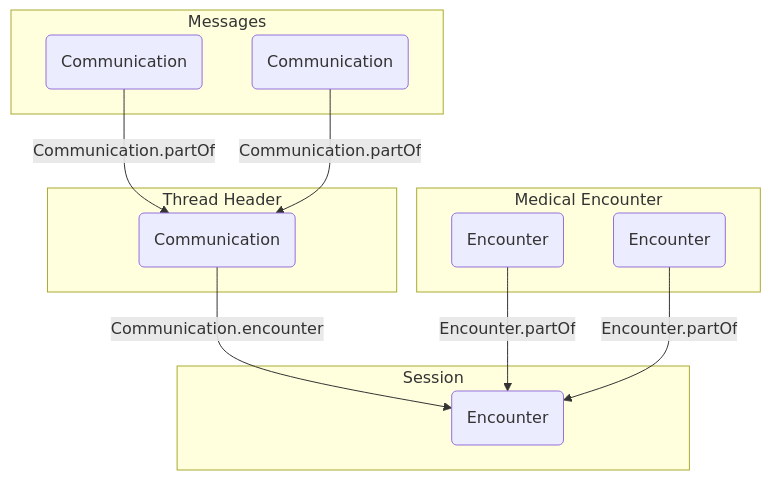
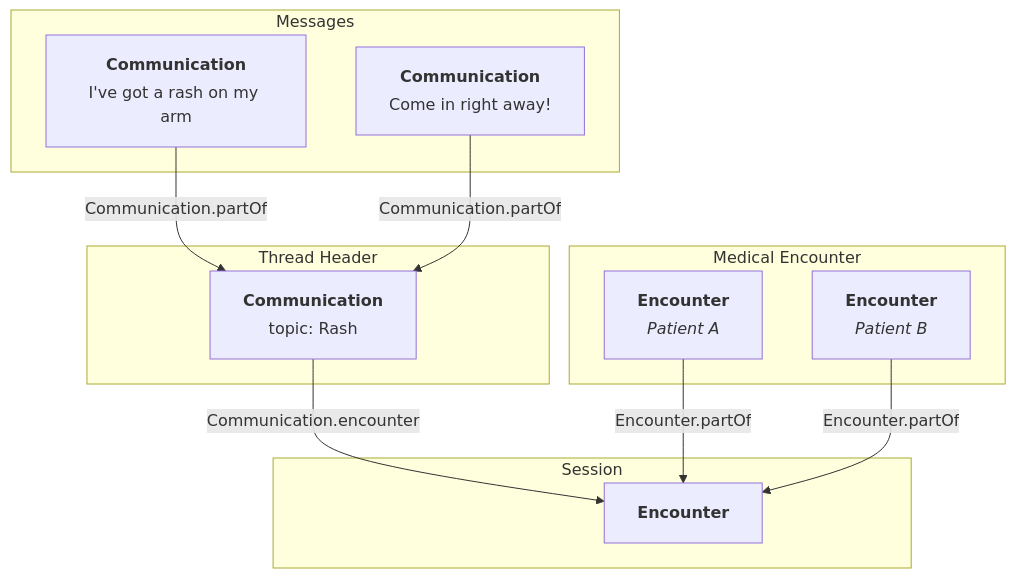
The second of 2 diagrams in packages/docs/docs/communications/async-encounters/async-encounters.md (medplum/medplum), drawn with Mermaid before and after one commit. The commit also changed other lines of this file and 1 other file, not shown here.

Commit message:
Make changes per review

````diff
--- a/packages/docs/docs/communications/async-encounters/async-encounters.md
+++ b/packages/docs/docs/communications/async-encounters/async-encounters.md
@@ -73,28 +73,28 @@
 ```mermaid
 
 flowchart TD
     subgraph Session
-       A(Encounter)
+       A[<table><thead><tr><th>Encounter</th></tr></thead></table>]
     end
 
     subgraph Medical Encounter
-        B(Encounter)
-        C(Encounter)
+        B[<table><thead><tr><th>Encounter</th></tr></thead><tbody><tr><td><em>Patient A</em></td></tr></tobdy></table>]
+        C[<table><thead><tr><th>Encounter</th></tr></thead><tbody><tr><td><em>Patient B</em></td></tr></tobdy></table>]
     end
 
     subgraph Thread Header
-        D(Communication)
+        D[<table><thead><tr><th>Communication</th></tr></thead><tbody><tr><td>topic: Rash</td></tr></tbody></table>]
     end
 
     subgraph Messages
-        E(Communication)
-        F(Communication)
+        E[<table><thead><tr><th>Communication</th></tr></thead><tbody><tr><td>I've got a rash on my arm</td></tr></tbody></table>]
+        F[<table><thead><tr><th>Communication</th></tr></thead><tbody><tr><td>Come in right away!</td></tr></tbody></table>]
     end
 
     E --> |Communication.partOf| D
     F --> |Communication.partOf| D
     D --> |Communication.encounter| A
     B --> |Encounter.partOf| A
     C --> |Encounter.partOf| A
 
 ```
````
